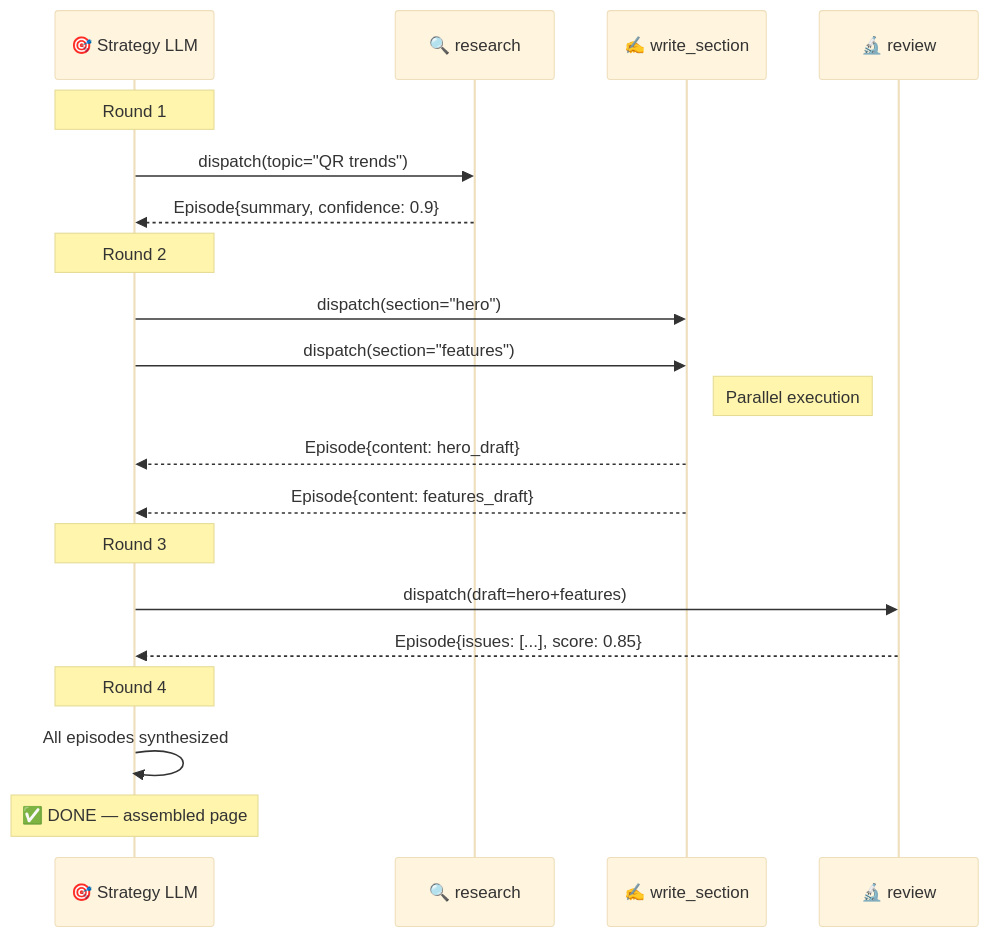
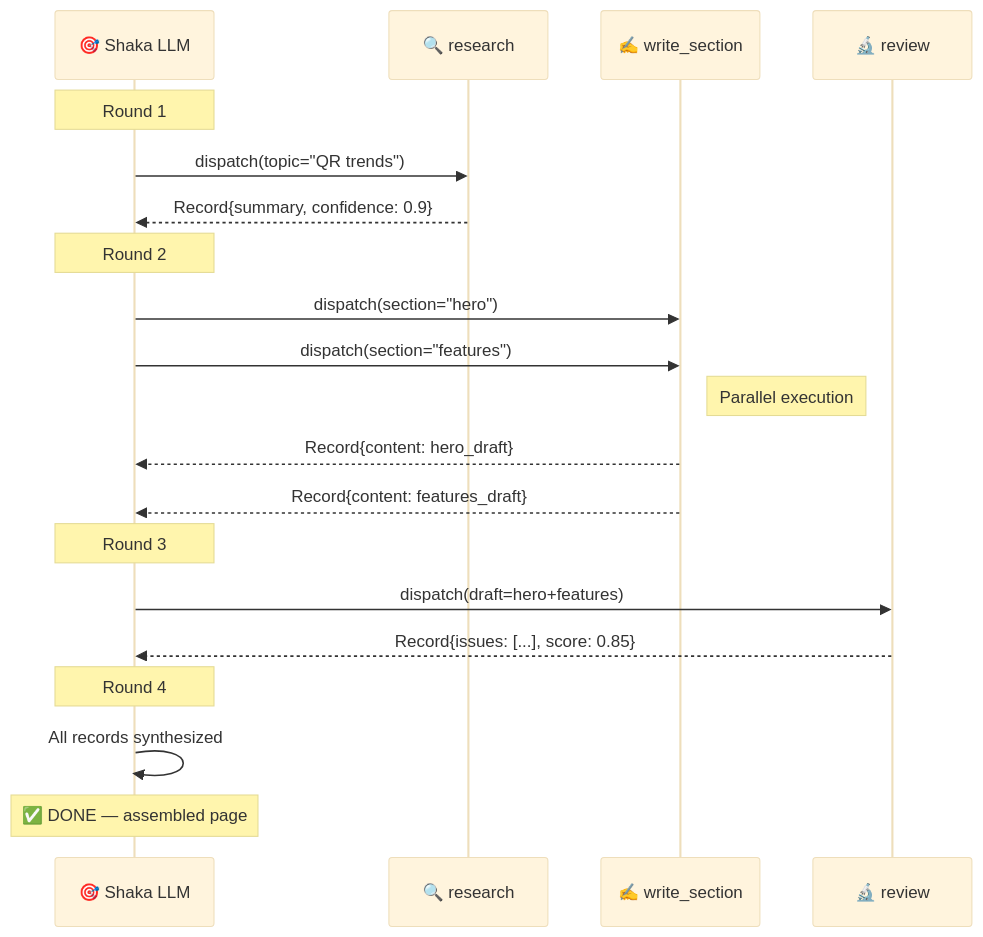
The fifth of 8 diagrams in docs/brainstorm/nika-evolution/05-evolution-roadmap.md (supernovae-st/nika), drawn with Mermaid (base theme) before and after one commit. The commit also changed other lines of this file and 12 other files, not shown here.

````diff
--- a/docs/brainstorm/nika-evolution/05-evolution-roadmap.md
+++ b/docs/brainstorm/nika-evolution/05-evolution-roadmap.md
@@ -328,26 +328,26 @@
 ```mermaid
 sequenceDiagram
-    participant S as 🎯 Strategy LLM
+    participant S as 🎯 Shaka LLM
     participant R as 🔍 research
     participant W as ✍️ write_section
     participant V as 🔬 review
 
     Note over S: Round 1
     S->>R: dispatch(topic="QR trends")
-    R-->>S: Episode{summary, confidence: 0.9}
+    R-->>S: Record{summary, confidence: 0.9}
 
     Note over S: Round 2
     S->>W: dispatch(section="hero")
     S->>W: dispatch(section="features")
     Note right of W: Parallel execution
-    W-->>S: Episode{content: hero_draft}
-    W-->>S: Episode{content: features_draft}
+    W-->>S: Record{content: hero_draft}
+    W-->>S: Record{content: features_draft}
 
     Note over S: Round 3
     S->>V: dispatch(draft=hero+features)
-    V-->>S: Episode{issues: [...], score: 0.85}
+    V-->>S: Record{issues: [...], score: 0.85}
 
     Note over S: Round 4
-    S->>S: All episodes synthesized
+    S->>S: All records synthesized
     Note over S: ✅ DONE — assembled page
 ```
````
